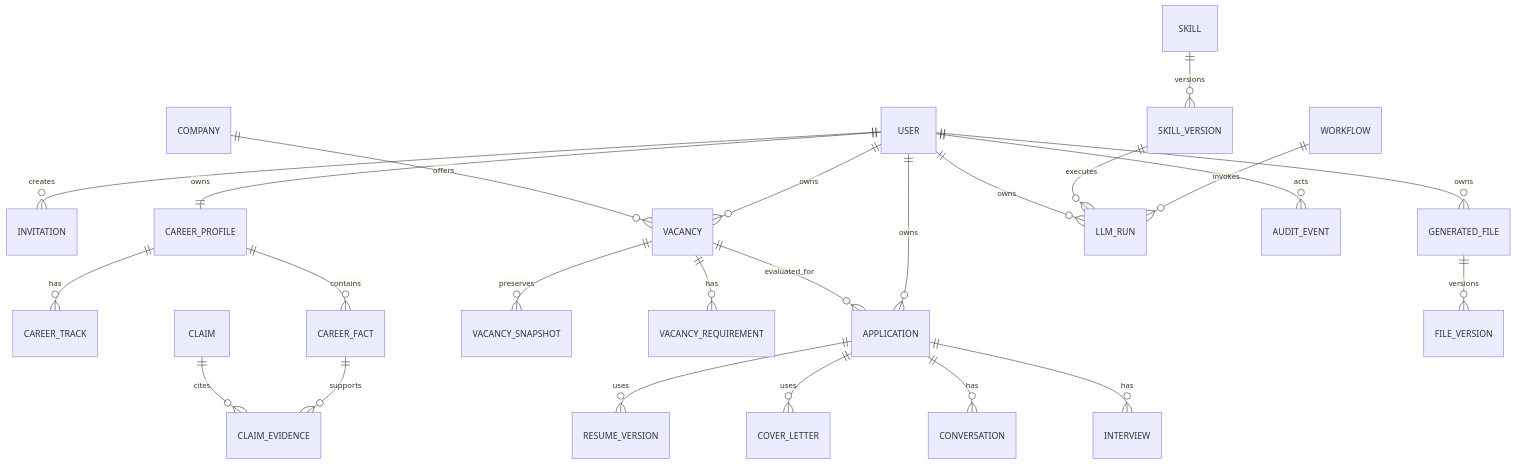
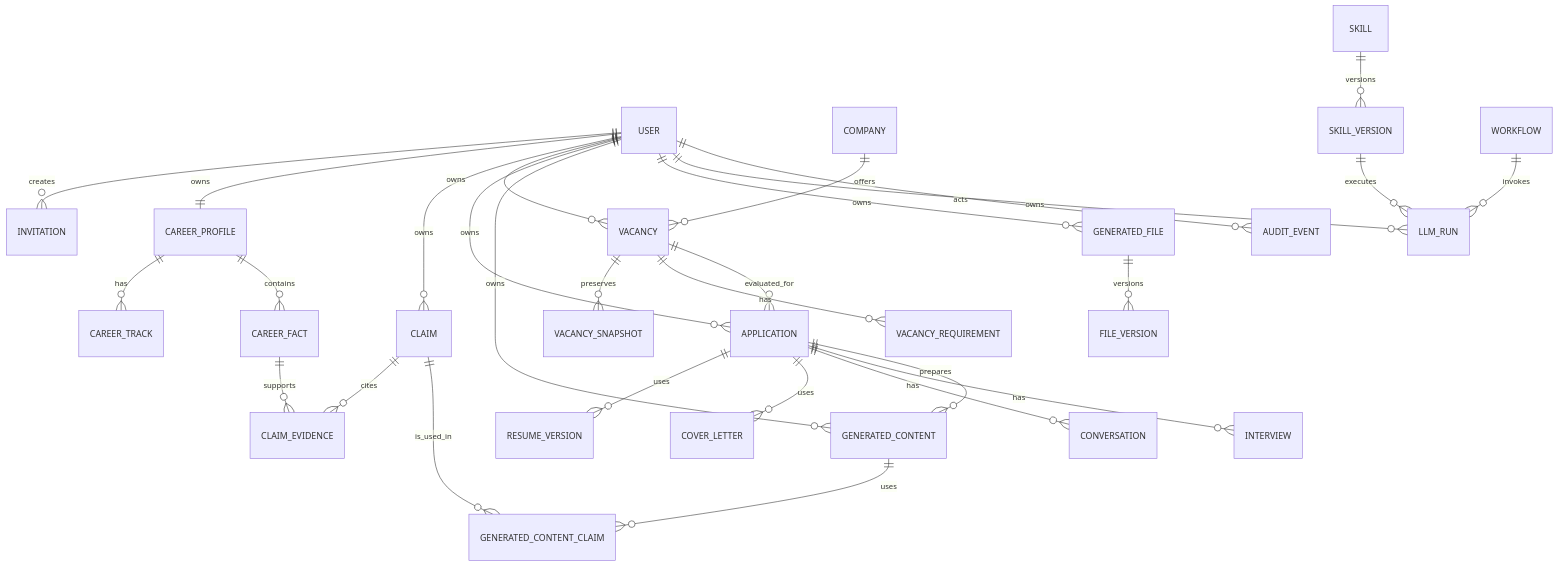
Before and after one commit to filatelist-hitech/CVortex: the diagram in docs/04-Data/Phase-06-Data-Design.md, drawn with Mermaid. The commit also changed other lines of this file and 8 other files, not shown here.

````diff
--- a/docs/04-Data/Phase-06-Data-Design.md
+++ b/docs/04-Data/Phase-06-Data-Design.md
@@ -15,26 +15,31 @@
 ```mermaid
 erDiagram
  USER ||--o{ INVITATION : creates
  USER ||--|| CAREER_PROFILE : owns
  CAREER_PROFILE ||--o{ CAREER_TRACK : has
  CAREER_PROFILE ||--o{ CAREER_FACT : contains
+ USER ||--o{ CLAIM : owns
  CAREER_FACT ||--o{ CLAIM_EVIDENCE : supports
  CLAIM ||--o{ CLAIM_EVIDENCE : cites
  USER ||--o{ VACANCY : owns
  VACANCY ||--o{ VACANCY_SNAPSHOT : preserves
  VACANCY ||--o{ VACANCY_REQUIREMENT : has
  COMPANY ||--o{ VACANCY : offers
  USER ||--o{ APPLICATION : owns
  VACANCY ||--o{ APPLICATION : evaluated_for
  APPLICATION ||--o{ RESUME_VERSION : uses
  APPLICATION ||--o{ COVER_LETTER : uses
  APPLICATION ||--o{ CONVERSATION : has
  APPLICATION ||--o{ INTERVIEW : has
+ USER ||--o{ GENERATED_CONTENT : owns
+ GENERATED_CONTENT ||--o{ GENERATED_CONTENT_CLAIM : uses
+ CLAIM ||--o{ GENERATED_CONTENT_CLAIM : is_used_in
+ APPLICATION ||--o{ GENERATED_CONTENT : prepares
  USER ||--o{ GENERATED_FILE : owns
  GENERATED_FILE ||--o{ FILE_VERSION : versions
  SKILL ||--o{ SKILL_VERSION : versions
  WORKFLOW ||--o{ LLM_RUN : invokes
  SKILL_VERSION ||--o{ LLM_RUN : executes
  USER ||--o{ LLM_RUN : owns
  USER ||--o{ AUDIT_EVENT : acts
 ```
````
